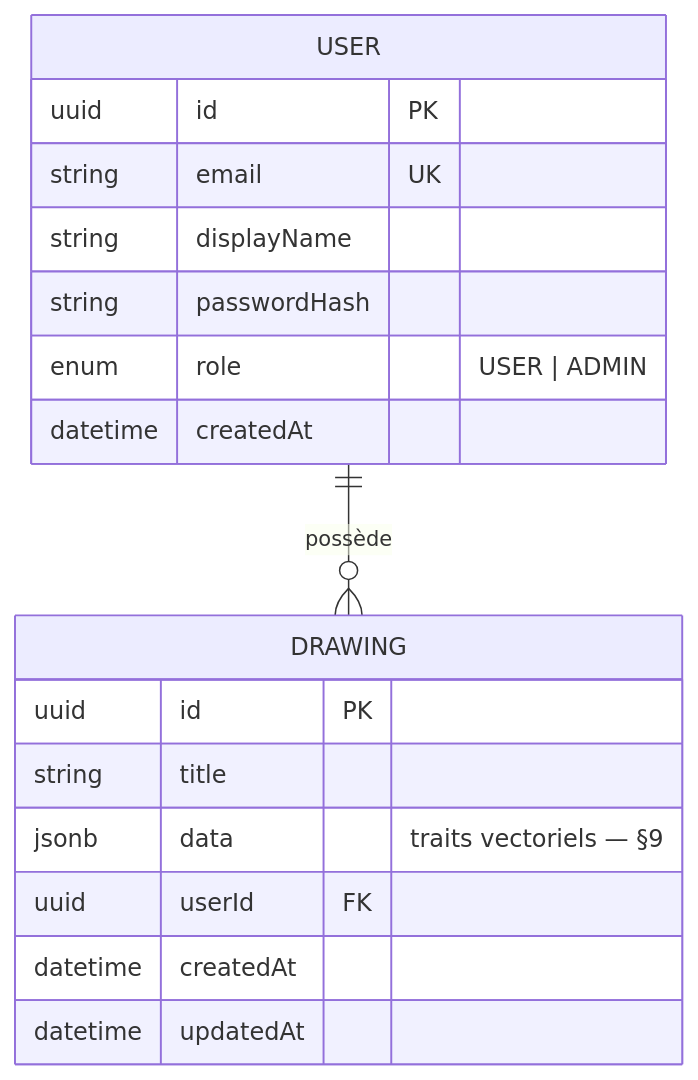
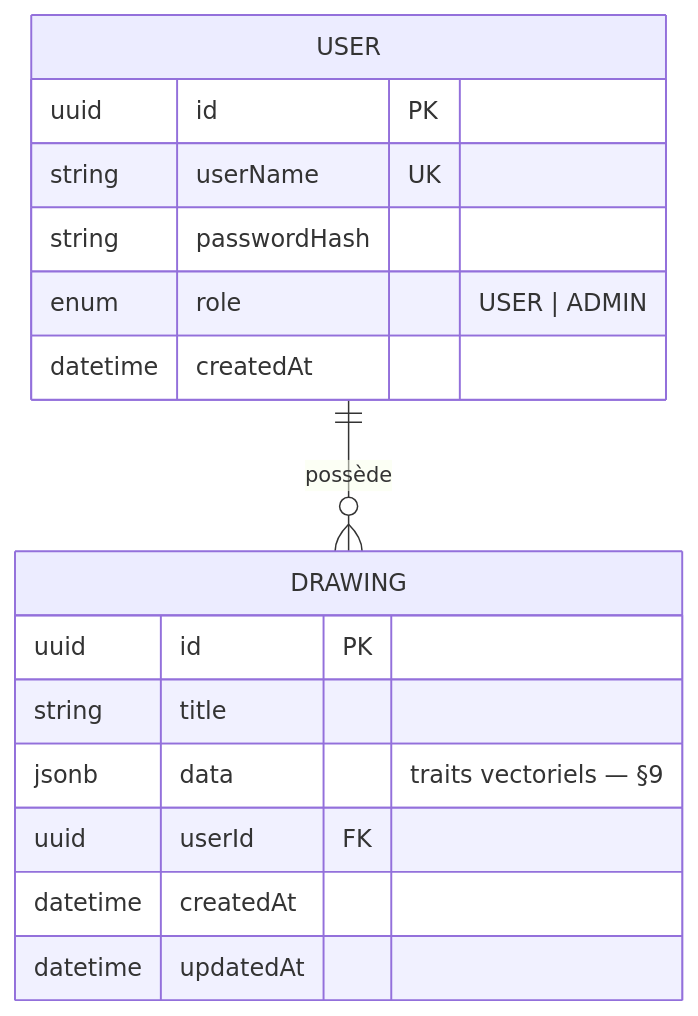
The third of 4 diagrams in context/project-overview.md (quentinplet/SonicLight-test-technique), drawn with Mermaid before and after one commit. The commit also changed other lines of this file and 12 other files, not shown here.

````diff
--- a/context/project-overview.md
+++ b/context/project-overview.md
@@ -567,22 +567,21 @@
 ```mermaid
 erDiagram
     USER ||--o{ DRAWING : "possède"
 
     USER {
         uuid id PK
-        string email UK
-        string displayName
+        string userName UK
         string passwordHash
         enum role "USER | ADMIN"
         datetime createdAt
     }
 
     DRAWING {
         uuid id PK
         string title
         jsonb data "traits vectoriels — §9"
         uuid userId FK
         datetime createdAt
         datetime updatedAt
     }
 ```
````
